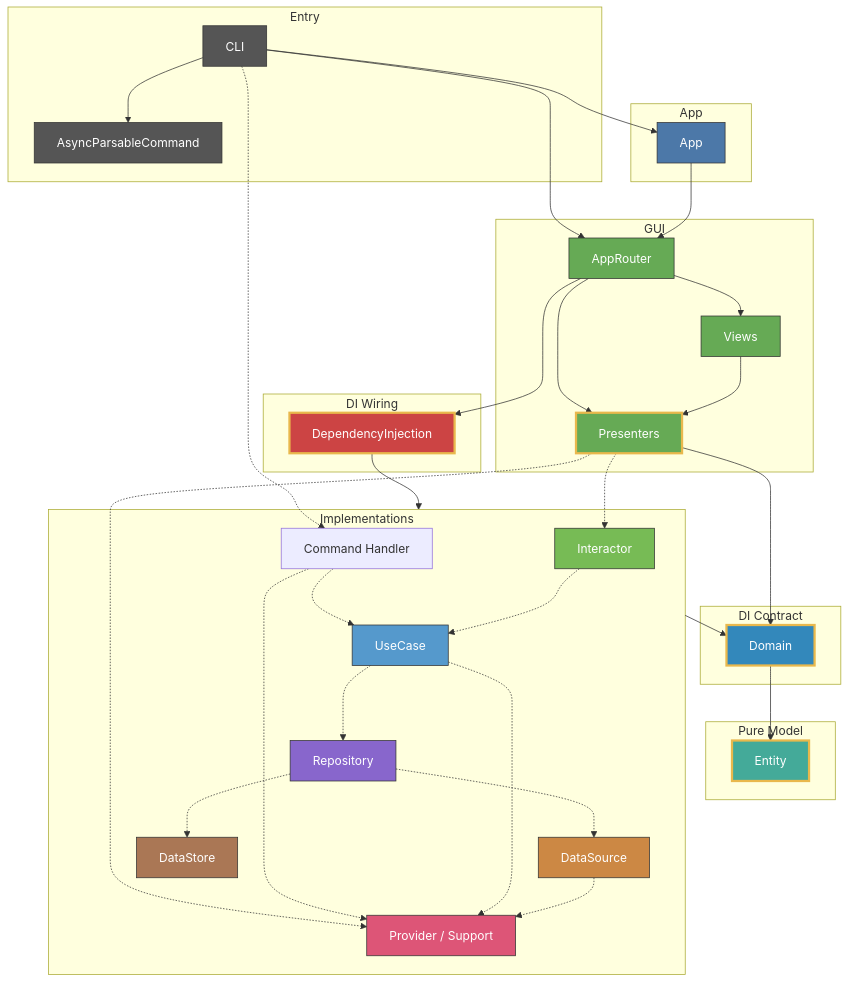
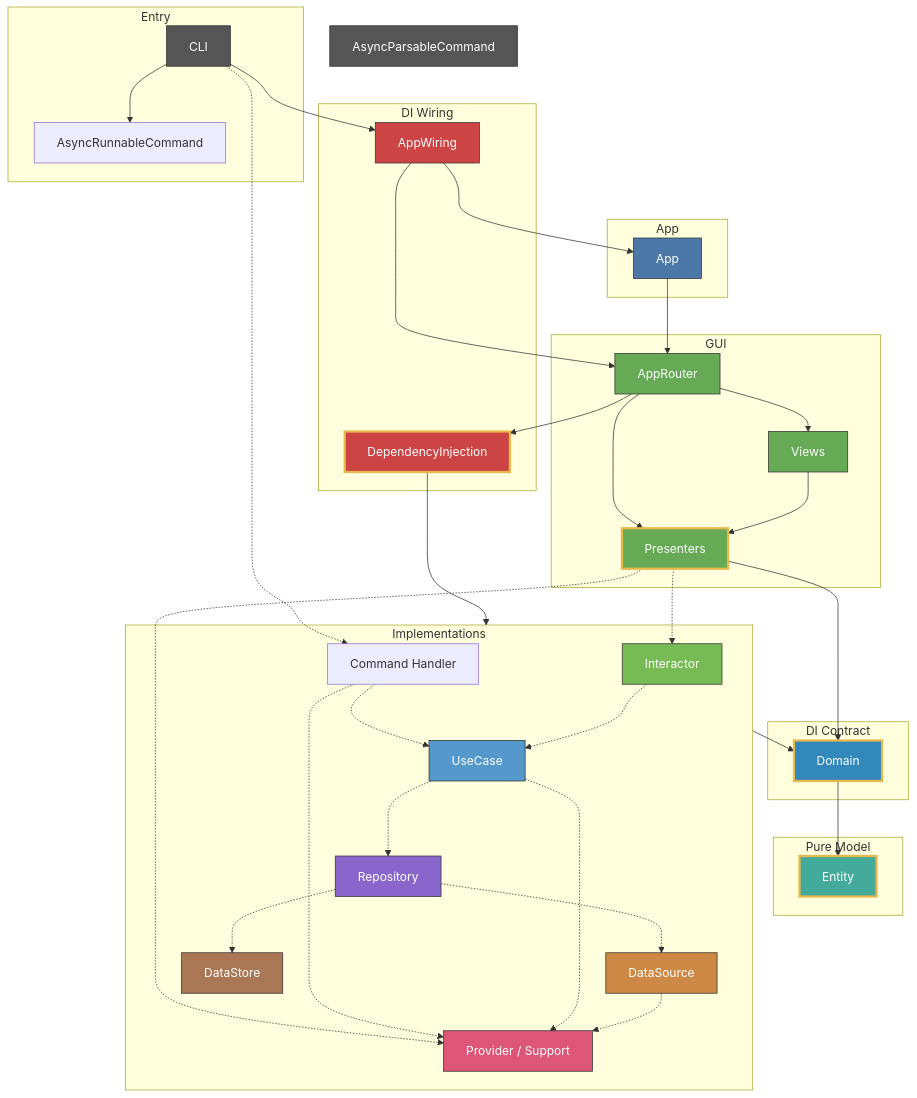
Before and after one commit to GeneralD/lyra: the first of 3 diagrams in docs/ARCHITECTURE.md, drawn with Mermaid. The commit also changed other lines of this file and 10 other files, not shown here.

First line of the commit message:
refactor: App composition root を AppWiring へ分離し App の未カバーを解消 (#366)

````diff
--- a/docs/ARCHITECTURE.md
+++ b/docs/ARCHITECTURE.md
@@ -16,72 +16,75 @@
 ```mermaid
 graph TD
     subgraph Entry
         CLI[CLI]
-        AsyncParsableCommand[AsyncParsableCommand]
+        AsyncRunnableCommand[AsyncRunnableCommand]
     end
 
     subgraph AppLayer["App"]
         App[App]
     end
 
     subgraph GUI
         AppRouter[AppRouter]
         Views[Views]
         Presenters[Presenters]
     end
 
     subgraph DI Wiring
         DependencyInjection[DependencyInjection]
+        AppWiring[AppWiring]
     end
 
     subgraph DI Contract
         Domain[Domain]
     end
 
     subgraph Pure Model
         Entity[Entity]
     end
 
     subgraph Implementations
         CommandHandler[Command Handler]
         Interactor[Interactor]
         UseCase[UseCase]
         Repository[Repository]
         DataSource[DataSource]
         DataStore[DataStore]
         Support[Provider / Support]
     end
 
-    CLI --> App & AppRouter & AsyncParsableCommand
+    CLI --> AppWiring & AsyncRunnableCommand
+    AppWiring --> App & AppRouter
     App --> AppRouter
     AppRouter --> Views & Presenters & DependencyInjection
     DependencyInjection --> Implementations
     Views --> Presenters
     Presenters --> Domain
     Implementations --> Domain
     Domain --> Entity
 
     CLI -.-> CommandHandler
     Presenters -.-> Interactor & Support
     CommandHandler -.-> UseCase & Support
     Interactor -.-> UseCase
     UseCase -.-> Repository & Support
     Repository -.-> DataSource & DataStore
     DataSource -.-> Support
 
     style AsyncParsableCommand fill:#555,stroke:#333,color:#fff
     style CLI fill:#555,stroke:#333,color:#fff
     style App fill:#4c78a8,stroke:#333,color:#fff
     style AppRouter fill:#6a5,stroke:#333,color:#fff
     style Views fill:#6a5,stroke:#333,color:#fff
     style Presenters fill:#6a5,stroke:#E9B84C,stroke-width:3px,color:#fff
     style DependencyInjection fill:#c44,stroke:#E9B84C,stroke-width:3px,color:#fff
+    style AppWiring fill:#c44,stroke:#333,color:#fff
     style Entity fill:#4a9,stroke:#E9B84C,stroke-width:3px,color:#fff
     style Domain fill:#38b,stroke:#E9B84C,stroke-width:3px,color:#fff
     style Interactor fill:#7b5,stroke:#333,color:#fff
     style UseCase fill:#59c,stroke:#333,color:#fff
     style Repository fill:#86c,stroke:#333,color:#fff
     style DataSource fill:#c84,stroke:#333,color:#fff
     style Support fill:#d57,stroke:#333,color:#fff
     style DataStore fill:#a75,stroke:#333,color:#fff
 ```
````
